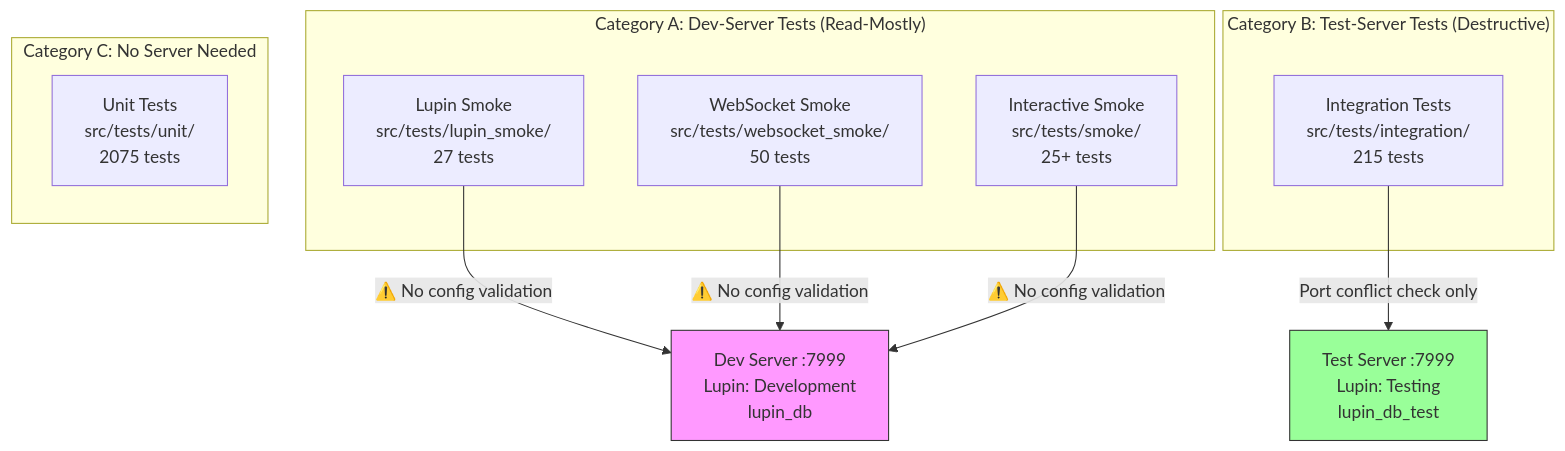
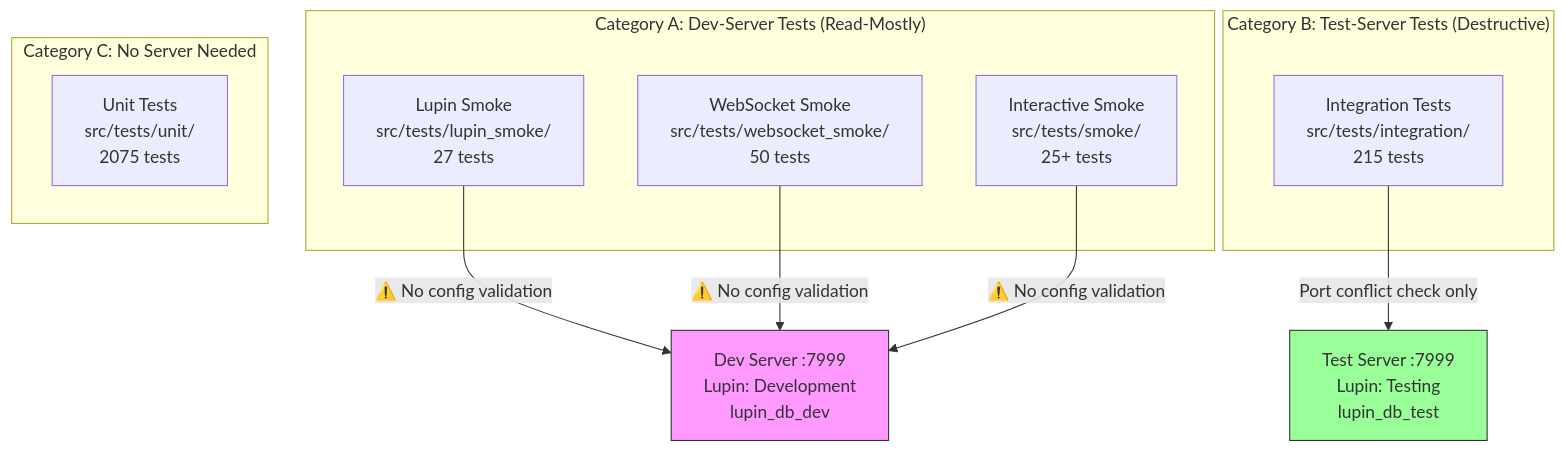
The diagram in src/rnd/2026.03.11-integration-test-isolation-audit.md (deepily/lupin), drawn with Mermaid before and after one commit. The commit also changed other lines of this file and 24 other files, not shown here.

First line of the commit message:
Session 344: Integration test remediation + DB disambiguation (lupin_db → lupin_db_dev)

````diff
--- a/src/rnd/2026.03.11-integration-test-isolation-audit.md
+++ b/src/rnd/2026.03.11-integration-test-isolation-audit.md
@@ -26,27 +26,27 @@
 ```mermaid
 graph TD
     subgraph "Category A: Dev-Server Tests (Read-Mostly)"
         LS[Lupin Smoke<br/>src/tests/lupin_smoke/<br/>27 tests]
         WS[WebSocket Smoke<br/>src/tests/websocket_smoke/<br/>50 tests]
         IS[Interactive Smoke<br/>src/tests/smoke/<br/>25+ tests]
     end
 
     subgraph "Category B: Test-Server Tests (Destructive)"
         IT[Integration Tests<br/>src/tests/integration/<br/>215 tests]
     end
 
     subgraph "Category C: No Server Needed"
         UT[Unit Tests<br/>src/tests/unit/<br/>2075 tests]
     end
 
-    DEV[Dev Server :7999<br/>Lupin: Development<br/>lupin_db]
+    DEV[Dev Server :7999<br/>Lupin: Development<br/>lupin_db_dev]
     TEST[Test Server :7999<br/>Lupin: Testing<br/>lupin_db_test]
 
     LS -->|"⚠️ No config validation"| DEV
     WS -->|"⚠️ No config validation"| DEV
     IS -->|"⚠️ No config validation"| DEV
     IT -->|"Port conflict check only"| TEST
 
     style DEV fill:#f9f,stroke:#333
     style TEST fill:#9f9,stroke:#333
 ```
````
